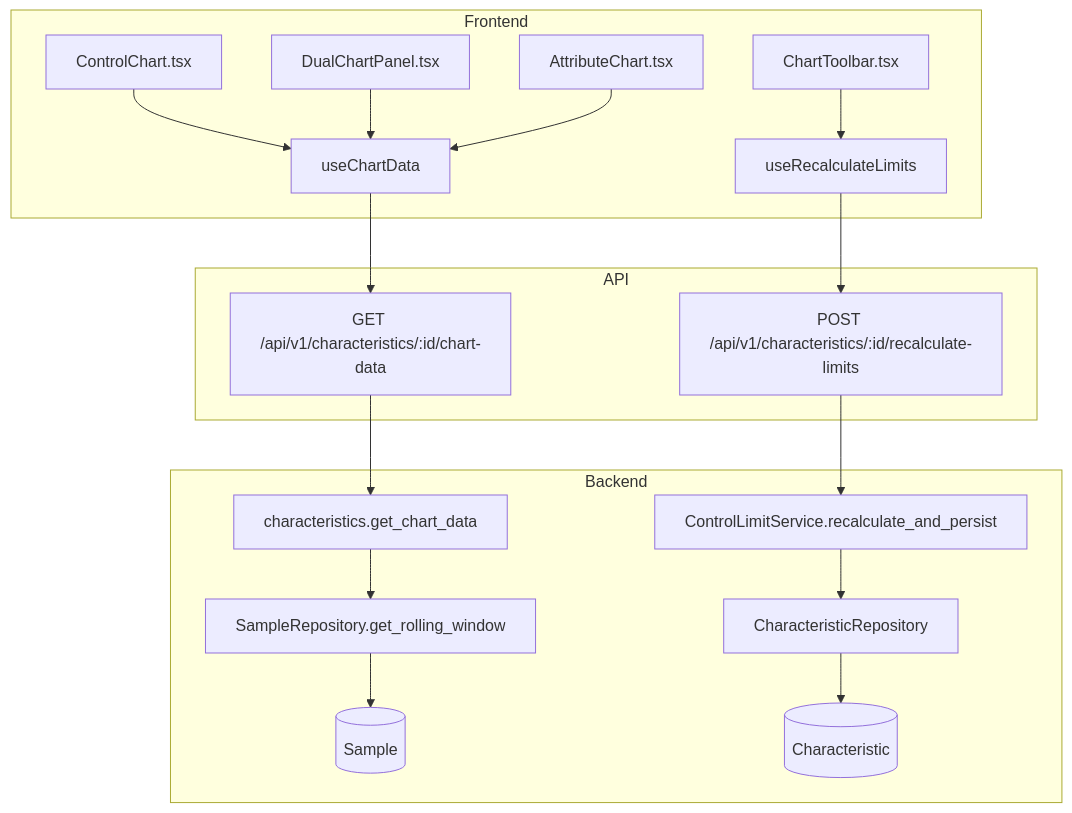
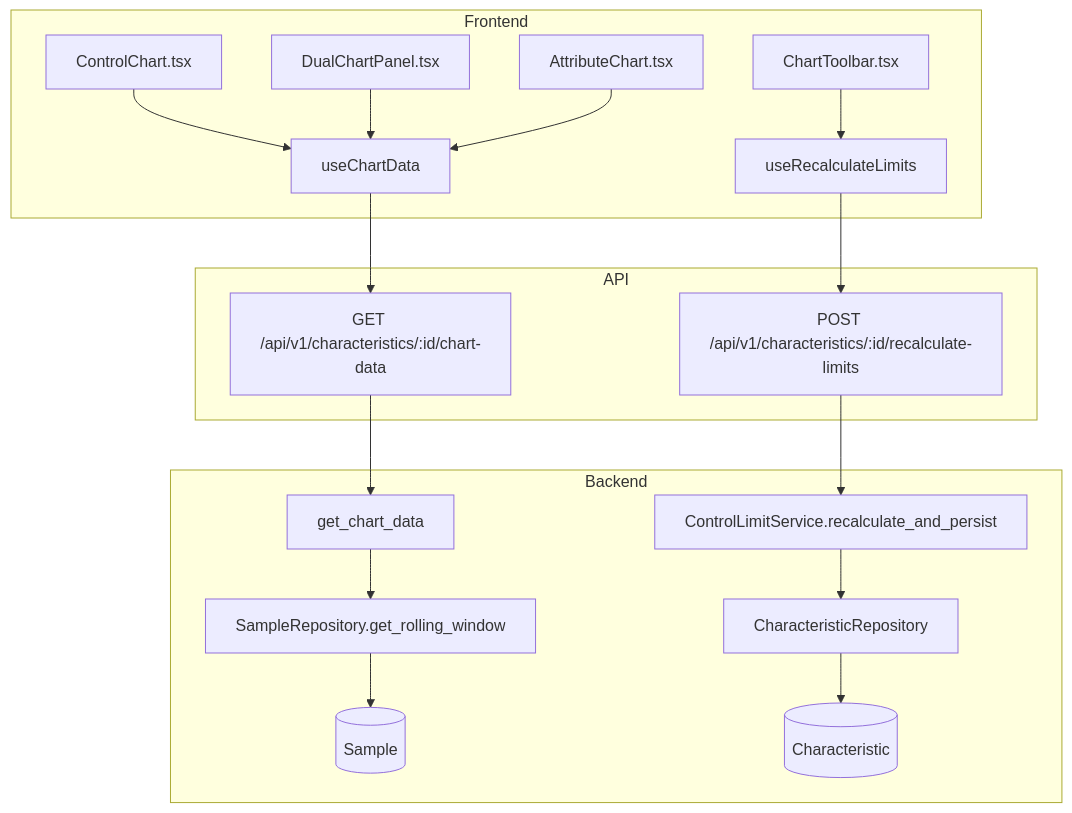
One commit to saturnis-io/cassini changed the first of 2 diagrams in .knowledge/features/spc-engine.md. Above: the diagram before and after it, drawn with Mermaid. The commit also changed other lines of this file and 15 other files, not shown here.

Commit message:
knowledge-graph: regenerate

````diff
--- a/.knowledge/features/spc-engine.md
+++ b/.knowledge/features/spc-engine.md
@@ -5,21 +5,21 @@
 ```mermaid
 flowchart TD
     subgraph Frontend
         C1[ControlChart.tsx] --> H1[useChartData]
         C2[DualChartPanel.tsx] --> H1
         C3[AttributeChart.tsx] --> H1
         C4[ChartToolbar.tsx] --> H2[useRecalculateLimits]
     end
     subgraph API
         H1 --> E1[GET /api/v1/characteristics/:id/chart-data]
         H2 --> E2[POST /api/v1/characteristics/:id/recalculate-limits]
     end
     subgraph Backend
-        E1 --> S1[characteristics.get_chart_data]
+        E1 --> S1[get_chart_data]
         S1 --> R1[SampleRepository.get_rolling_window]
         R1 --> M1[(Sample)]
         E2 --> S2[ControlLimitService.recalculate_and_persist]
         S2 --> R2[CharacteristicRepository]
         R2 --> M2[(Characteristic)]
     end
 ```
````
